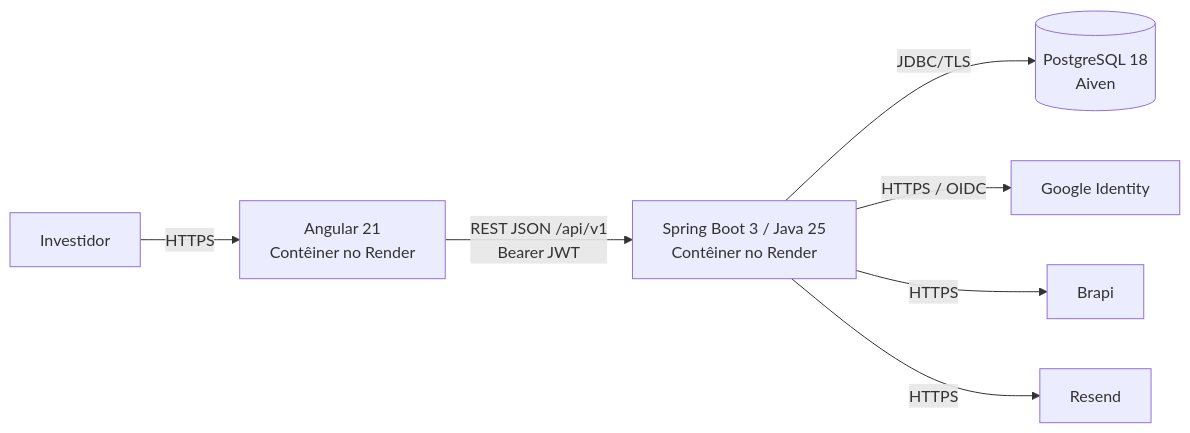
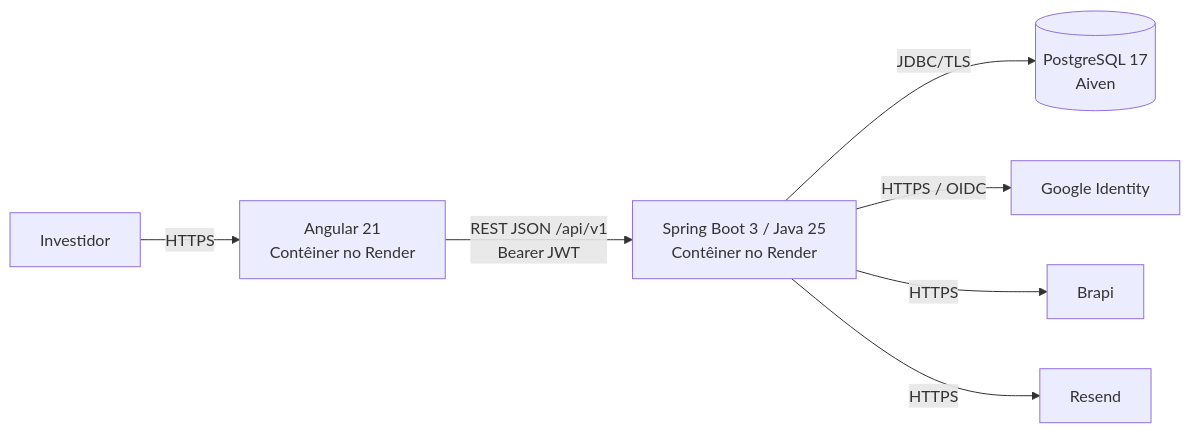
The diagram in docs/arquitetura/documento_arquitetura_MAD.md (evandromef/mad-sdd), drawn with Mermaid before and after one commit. The commit also changed other lines of this file and 9 other files, not shown here.

Commit message:
docs: adota PostgreSQL 17

````diff
--- a/docs/arquitetura/documento_arquitetura_MAD.md
+++ b/docs/arquitetura/documento_arquitetura_MAD.md
@@ -48,9 +48,9 @@
 ```mermaid
 flowchart LR
     U[Investidor] -->|HTTPS| FE[Angular 21\nContêiner no Render]
     FE -->|REST JSON /api/v1\nBearer JWT| API[Spring Boot 3 / Java 25\nContêiner no Render]
-    API -->|JDBC/TLS| DB[(PostgreSQL 18\nAiven)]
+    API -->|JDBC/TLS| DB[(PostgreSQL 17\nAiven)]
     API -->|HTTPS / OIDC| GOOGLE[Google Identity]
     API -->|HTTPS| BRAPI[Brapi]
     API -->|HTTPS| RESEND[Resend]
 ```
````
